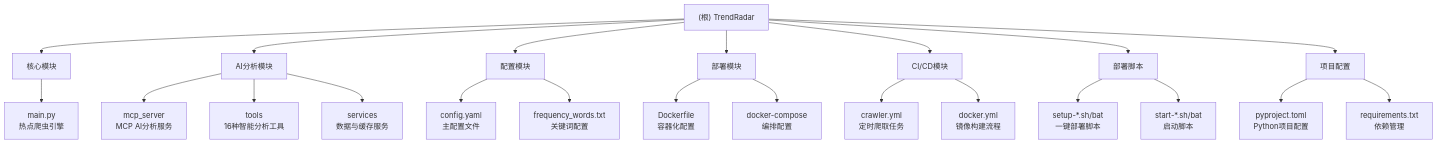
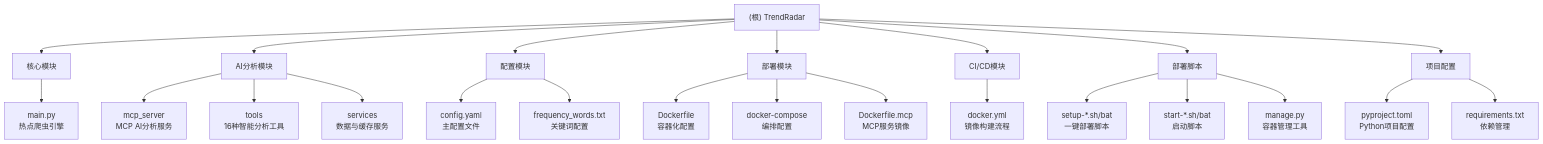
Before and after one commit to afanty2021/TrendRadar: the diagram in CLAUDE.md, drawn with Mermaid. The commit also changed other lines of this file and 2 other files, not shown here.

````diff
--- a/CLAUDE.md
+++ b/CLAUDE.md
@@ -20,33 +40,34 @@
 ```mermaid
 graph TD
     A["(根) TrendRadar"] --> B["核心模块"];
     A --> C["AI分析模块"];
     A --> D["配置模块"];
     A --> E["部署模块"];
     A --> F["CI/CD模块"];
     A --> G["部署脚本"];
     A --> H["项目配置"];
 
     B --> B1["main.py<br/>热点爬虫引擎"];
     C --> C1["mcp_server<br/>MCP AI分析服务"];
     C --> C2["tools<br/>16种智能分析工具"];
     C --> C3["services<br/>数据与缓存服务"];
     D --> D1["config.yaml<br/>主配置文件"];
     D --> D2["frequency_words.txt<br/>关键词配置"];
     E --> E1["Dockerfile<br/>容器化配置"];
     E --> E2["docker-compose<br/>编排配置"];
-    F --> F1["crawler.yml<br/>定时爬取任务"];
-    F --> F2["docker.yml<br/>镜像构建流程"];
+    E --> E3["Dockerfile.mcp<br/>MCP服务镜像"];
+    F --> F1["docker.yml<br/>镜像构建流程"];
     G --> G1["setup-*.sh/bat<br/>一键部署脚本"];
     G --> G2["start-*.sh/bat<br/>启动脚本"];
+    G --> G3["manage.py<br/>容器管理工具"];
     H --> H1["pyproject.toml<br/>Python项目配置"];
     H --> H2["requirements.txt<br/>依赖管理"];
 
     click B1 "./main.py.md" "查看主爬虫模块"
     click C1 "./mcp_server/CLAUDE.md" "查看MCP服务器"
     click D1 "./config/CLAUDE.md" "查看配置文件"
     click E1 "./docker/CLAUDE.md" "查看Docker配置"
     click F1 "./.github/CLAUDE.md" "查看CI配置"
     click G1 "./docs/Deployment-Guide.md" "查看部署指南"
     click H1 "./docs/MCP-API-Reference.md" "查看API文档"
 ```
````
